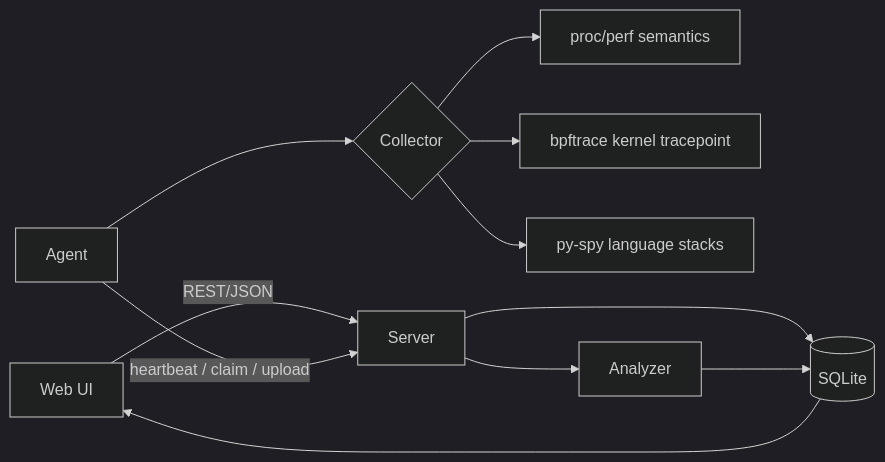
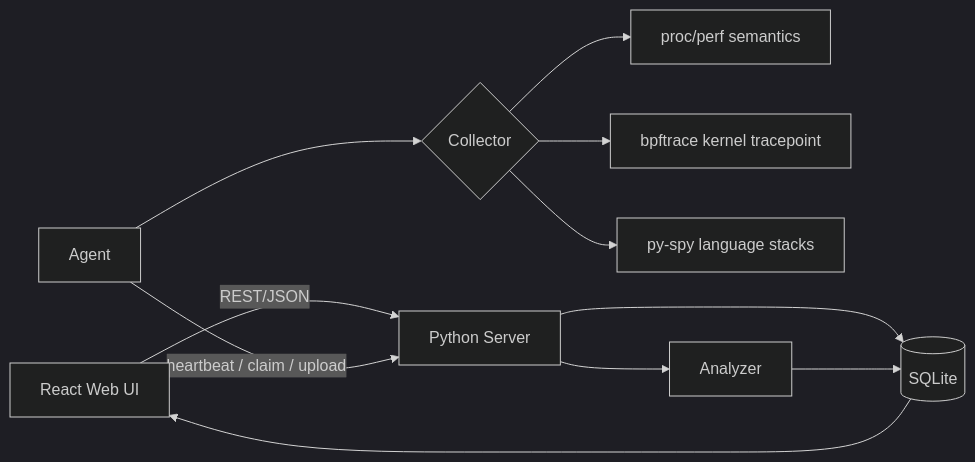
One commit to llongwang751-arch/mini-drop changed the first of 2 diagrams in DESIGN.md. Above: the diagram before and after it, drawn with Mermaid (dark theme). The commit also changed other lines of this file and 16 other files, not shown here.

````diff
--- a/DESIGN.md
+++ b/DESIGN.md
@@ -9,13 +9,13 @@
 ```mermaid
 flowchart LR
-  U[Web UI] -->|REST/JSON| S[Server]
+  U[React Web UI] -->|REST/JSON| S[Python Server]
   A[Agent] -->|heartbeat / claim / upload| S
   S --> DB[(SQLite)]
   A --> C{Collector}
   C --> P[proc/perf semantics]
   C --> B[bpftrace kernel tracepoint]
   C --> Y[py-spy language stacks]
   S --> N[Analyzer]
   N --> DB
   DB --> U
 ```
````
